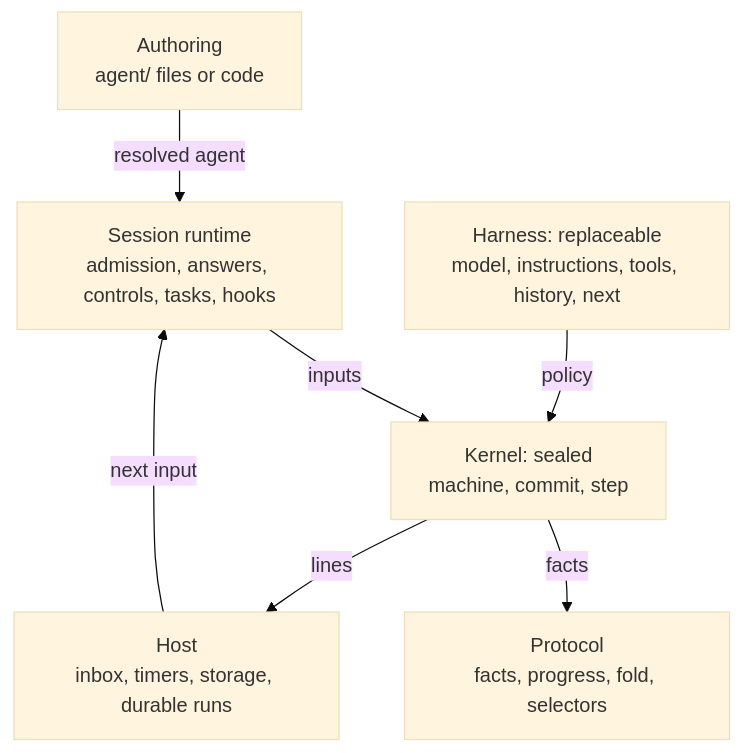
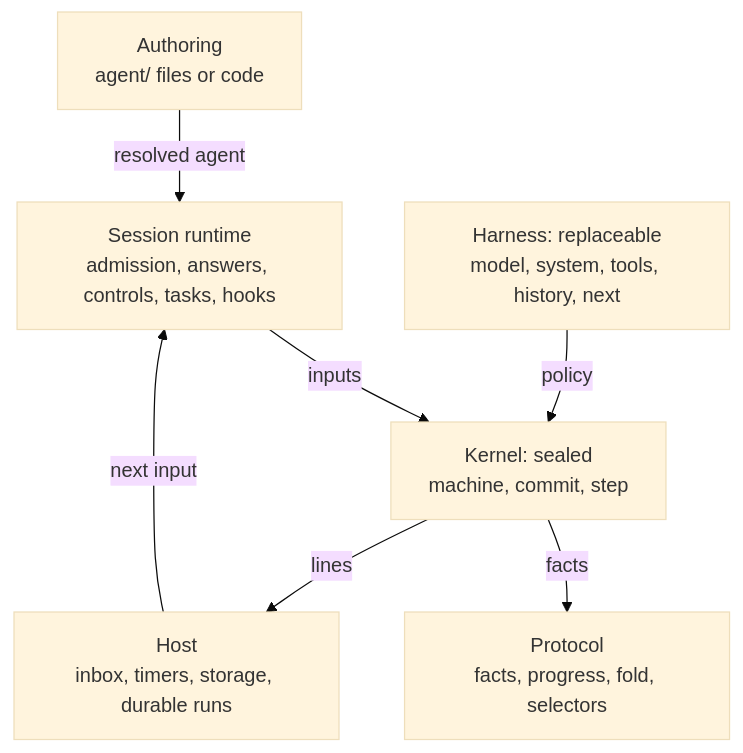
One commit to vercel/eve changed the second of 6 diagrams in research/session-kernel.md. Above: the diagram before and after it, drawn with Mermaid (base theme). The commit also changed other lines of this file, not shown here.

First line of the commit message:
docs(research): name the system prompt field system, and drop the note cap

````diff
--- a/research/session-kernel.md
+++ b/research/session-kernel.md
@@ -49,9 +49,9 @@
 ```mermaid
 flowchart TD
   Authoring["Authoring<br/>agent/ files or code"] -- resolved agent --> Runtime
   Runtime["Session runtime<br/>admission, answers, controls, tasks, hooks"] -- inputs --> Kernel
-  Harness["Harness: replaceable<br/>model, instructions, tools, history, next"] -- policy --> Kernel
+  Harness["Harness: replaceable<br/>model, system, tools, history, next"] -- policy --> Kernel
   Kernel["Kernel: sealed<br/>machine, commit, step"] -- facts --> Protocol["Protocol<br/>facts, progress, fold, selectors"]
   Kernel -- lines --> Host["Host<br/>inbox, timers, storage, durable runs"]
   Host -- next input --> Runtime
 ```
````
